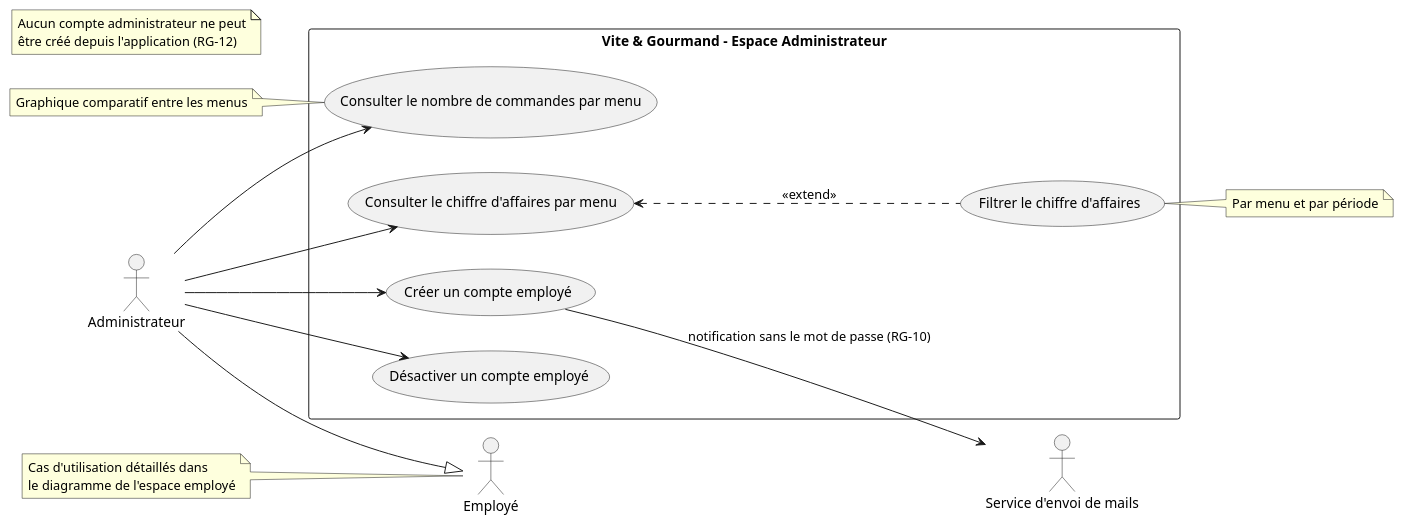
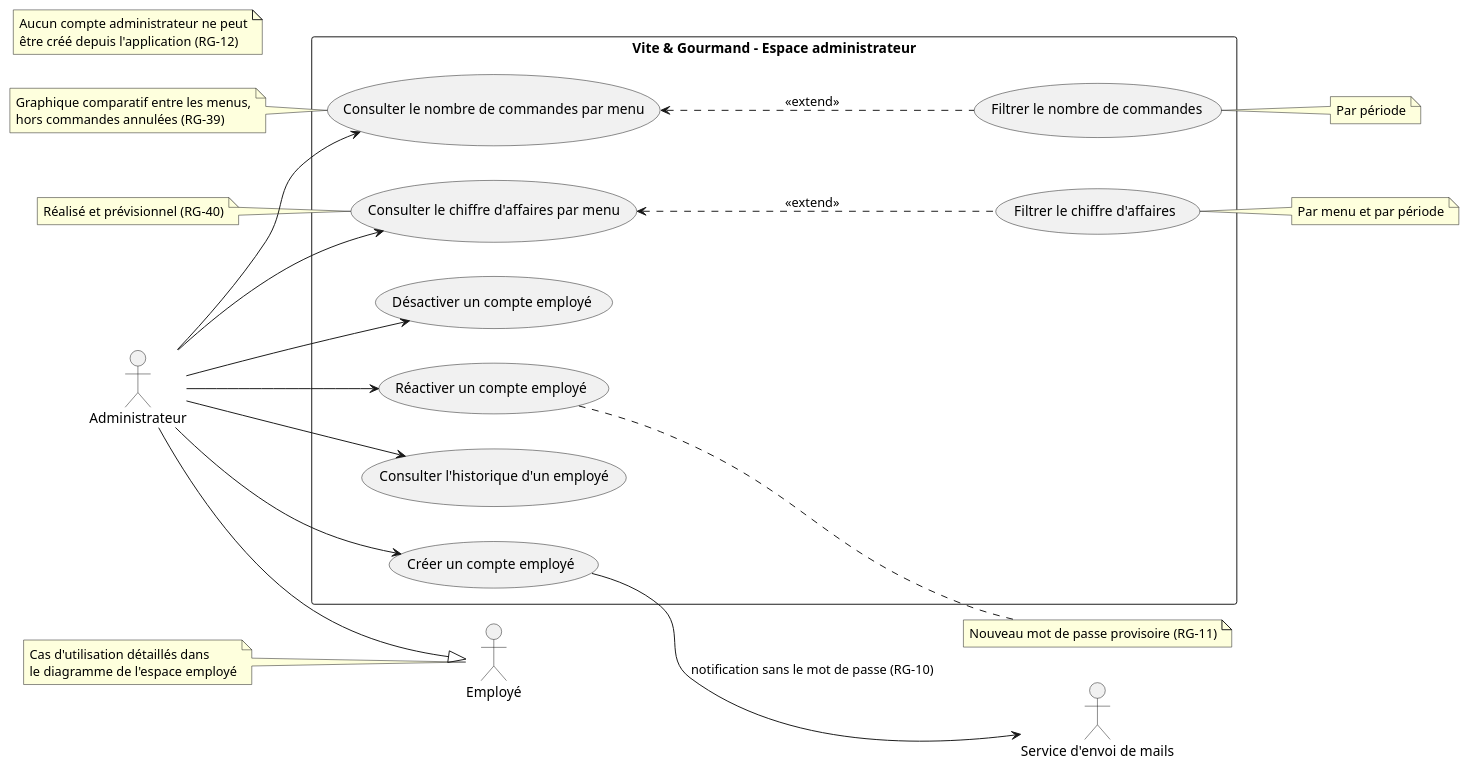
One commit to NicolasMiguelRG/vite_gourmand changed the diagram in docs/diagrammes/cas-utilisation-administrateur.puml. Above: the diagram before and after it, drawn with PlantUML.

Commit message:
docs: met à jour le diagramme de cas d'utilisation administrateur

```diff
--- a/docs/diagrammes/cas-utilisation-administrateur.puml
+++ b/docs/diagrammes/cas-utilisation-administrateur.puml
@@ -1,33 +1,42 @@
 @startuml cas-utilisation-administrateur
 left to right direction
 
 actor Administrateur
 actor Employé
-actor "Service d'envoi de mails" as Mail 
+actor "Service d'envoi de mails" as Mail
 note "Cas d'utilisation détaillés dans\nle diagramme de l'espace employé" as N1
 note "Aucun compte administrateur ne peut\nêtre créé depuis l'application (RG-12)" as N2
 
-rectangle "Vite & Gourmand - Espace Administrateur" {
+rectangle "Vite & Gourmand - Espace administrateur" {
     usecase "Créer un compte employé" as UC1
     usecase "Désactiver un compte employé" as UC2
+    usecase "Réactiver un compte employé" as UC6
+    usecase "Consulter l'historique d'un employé" as UC7
     usecase "Consulter le nombre de commandes par menu" as UC3
+    usecase "Filtrer le nombre de commandes" as UC8
     usecase "Consulter le chiffre d'affaires par menu" as UC4
     usecase "Filtrer le chiffre d'affaires" as UC5
 }
 
-note left of UC3 : Graphique comparatif entre les menus
+note left of UC3 : Graphique comparatif entre les menus,\nhors commandes annulées (RG-39)
+note left of UC4 : Réalisé et prévisionnel (RG-40)
 note right of UC5 : Par menu et par période
+note right of UC8 : Par période
+note right of UC6 : Nouveau mot de passe provisoire (RG-11)
 
 N1 .. Employé
 Administrateur --> UC1
 Administrateur --> UC2
+Administrateur --> UC6
+Administrateur --> UC7
 Administrateur --> UC3
 Administrateur --> UC4
-UC1 --> Mail : notification sans le mot de passe (RG-10)
 
+UC3 <.. UC8 : <<extend>>
 UC4 <.. UC5 : <<extend>>
 
+UC1 --> Mail : notification sans le mot de passe (RG-10)
 
 Administrateur --|> Employé
 
 @enduml
```
